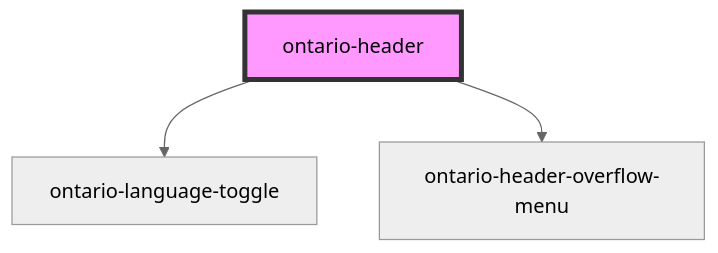
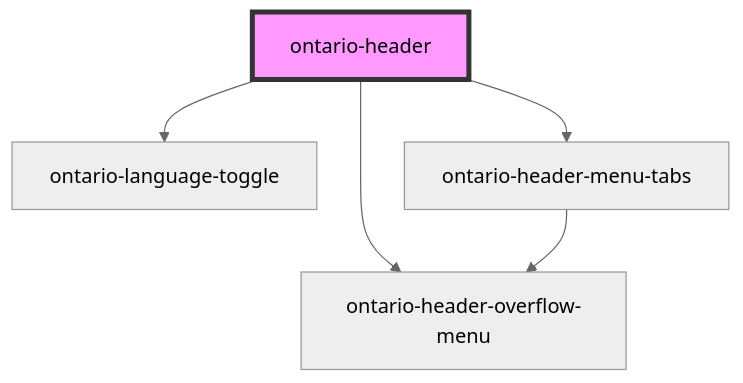
Before and after one commit to ongov/ontario-design-system: the diagram in packages/ontario-design-system-component-library/src/components/ontario-header/readme.md, drawn with Mermaid (neutral theme). The commit also changed other lines of this file and 6 other files, not shown here.

Commit message:
fix: removed current index from tabs component and added ability to add an icon to menu item

````diff
--- a/packages/ontario-design-system-component-library/src/components/ontario-header/readme.md
+++ b/packages/ontario-design-system-component-library/src/components/ontario-header/readme.md
@@ -319,6 +322,8 @@
 ```mermaid
 graph TD;
   ontario-header --> ontario-language-toggle
+  ontario-header --> ontario-header-menu-tabs
   ontario-header --> ontario-header-overflow-menu
+  ontario-header-menu-tabs --> ontario-header-overflow-menu
   style ontario-header fill:#f9f,stroke:#333,stroke-width:4px
 ```
````
